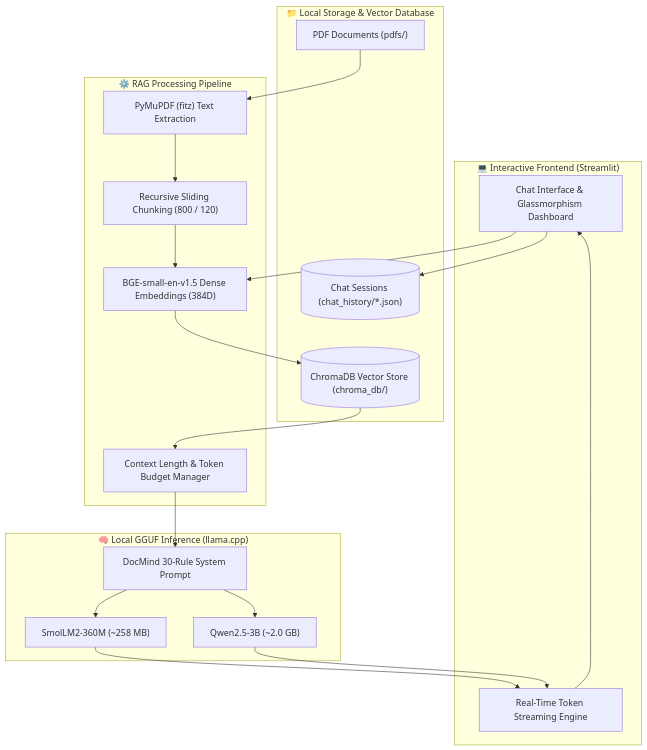
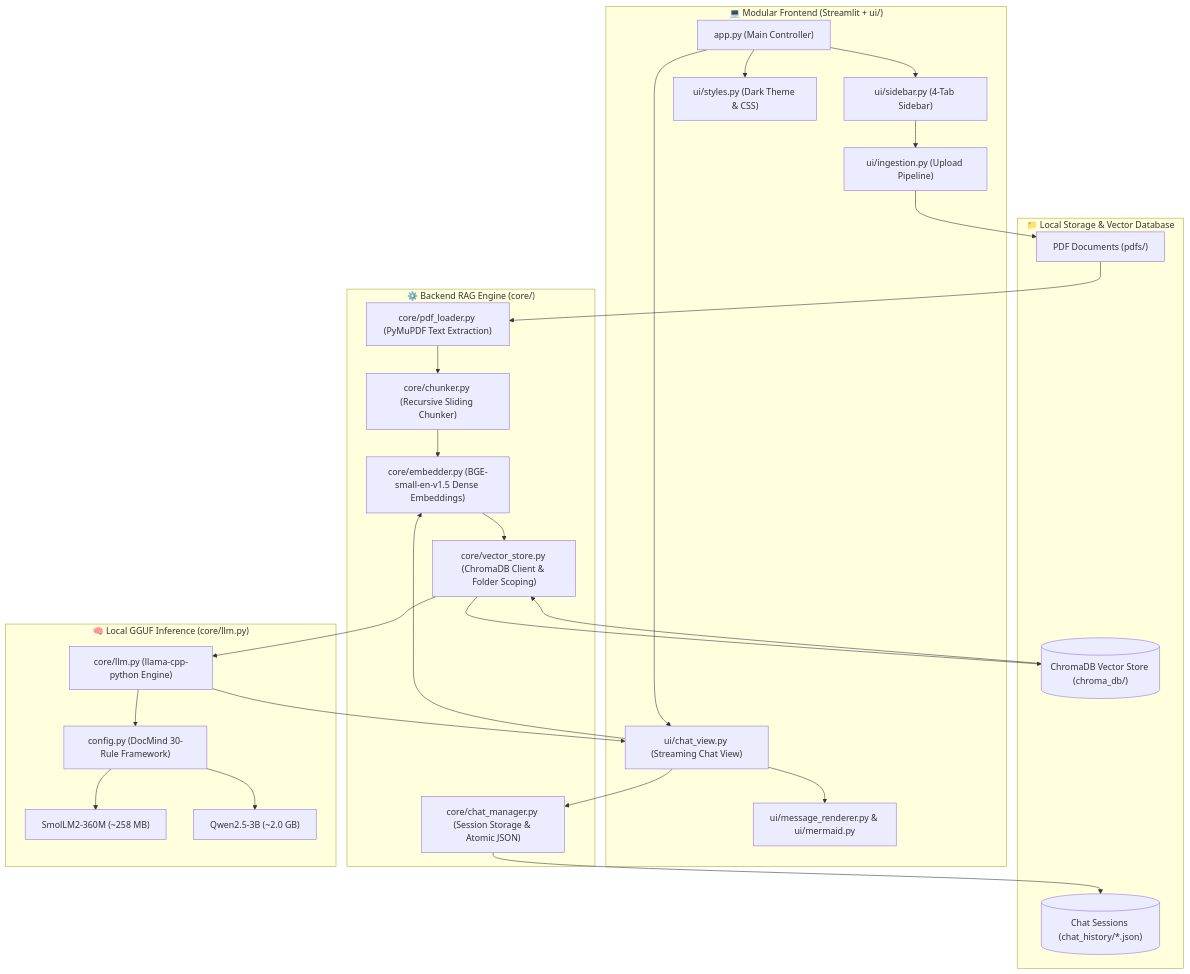
The second of 4 diagrams in README.md (Sujalkathait/docmind-RaG), drawn with Mermaid before and after one commit. The commit also changed other lines of this file, not shown here.

Commit message:
Docs: Update README.md with modular UI structure and architecture diagrams

````diff
--- a/README.md
+++ b/README.md
@@ -110,32 +110,41 @@
 ```mermaid
 flowchart TD
-    subgraph Client ["💻 Interactive Frontend (Streamlit)"]
-        UI["Chat Interface & Glassmorphism Dashboard"]
-        Stream["Real-Time Token Streaming Engine"]
+    subgraph Client ["💻 Modular Frontend (Streamlit + ui/)"]
+        App["app.py (Main Controller)"]
+        Sidebar["ui/sidebar.py (4-Tab Sidebar)"]
+        ChatView["ui/chat_view.py (Streaming Chat View)"]
+        Renderer["ui/message_renderer.py & ui/mermaid.py"]
+        IngestionUI["ui/ingestion.py (Upload Pipeline)"]
+        Styles["ui/styles.py (Dark Theme & CSS)"]
     end
 
     subgraph Storage ["📁 Local Storage & Vector Database"]
         PDFs["PDF Documents (pdfs/)"]
         Chroma[("ChromaDB Vector Store (chroma_db/)")]
         History[("Chat Sessions (chat_history/*.json)")]
     end
 
-    subgraph Pipeline ["⚙️ RAG Processing Pipeline"]
-        Loader["PyMuPDF (fitz) Text Extraction"]
-        Chunker["Recursive Sliding Chunking (800 / 120)"]
-        Embedder["BGE-small-en-v1.5 Dense Embeddings (384D)"]
-        Budgeter["Context Length & Token Budget Manager"]
+    subgraph Pipeline ["⚙️ Backend RAG Engine (core/)"]
+        Loader["core/pdf_loader.py (PyMuPDF Text Extraction)"]
+        Chunker["core/chunker.py (Recursive Sliding Chunker)"]
+        Embedder["core/embedder.py (BGE-small-en-v1.5 Dense Embeddings)"]
+        VStore["core/vector_store.py (ChromaDB Client & Folder Scoping)"]
+        ChatMgr["core/chat_manager.py (Session Storage & Atomic JSON)"]
     end
 
-    subgraph LLMEngine ["🧠 Local GGUF Inference (llama.cpp)"]
-        Prompts["DocMind 30-Rule System Prompt"]
+    subgraph LLMEngine ["🧠 Local GGUF Inference (core/llm.py)"]
+        Prompts["config.py (DocMind 30-Rule Framework)"]
+        LLM["core/llm.py (llama-cpp-python Engine)"]
         SmolLM["SmolLM2-360M (~258 MB)"]
         Qwen["Qwen2.5-3B (~2.0 GB)"]
     end
 
-    PDFs --> Loader --> Chunker --> Embedder --> Chroma
-    UI --> Embedder
-    Chroma --> Budgeter
-    Budgeter --> Prompts --> SmolLM & Qwen --> Stream --> UI
-    UI --> History
+    App --> Styles & Sidebar & ChatView
+    Sidebar --> IngestionUI
+    IngestionUI --> PDFs --> Loader --> Chunker --> Embedder --> VStore --> Chroma
+    ChatView --> Embedder
+    Chroma --> VStore --> LLM
+    LLM --> Prompts --> SmolLM & Qwen
+    LLM --> ChatView --> Renderer
+    ChatView --> ChatMgr --> History
 ```
````
